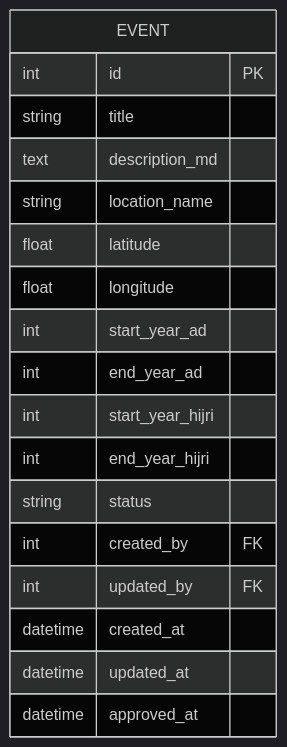
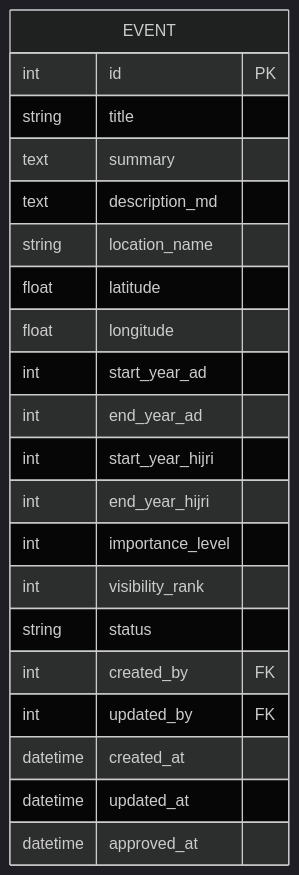
One commit to Irshad-11/Tarikh-al-Islam changed the third of 19 diagrams in docs/04-database-design.md. Above: the diagram before and after it, drawn with Mermaid (dark theme). The commit also changed other lines of this file, not shown here.

Commit message:
Update database design to include timeline optimization fields and enhance event metadata

````diff
--- a/docs/04-database-design.md
+++ b/docs/04-database-design.md
@@ -89,21 +92,28 @@
 ```mermaid
 erDiagram
     EVENT {
         int id PK
         string title
+        text summary
         text description_md
         string location_name
         float latitude
         float longitude
+
         int start_year_ad
         int end_year_ad
         int start_year_hijri
         int end_year_hijri
+
+        int importance_level
+        int visibility_rank
+
         string status
         int created_by FK
         int updated_by FK
         datetime created_at
         datetime updated_at
         datetime approved_at
     }
+
 ```
````
